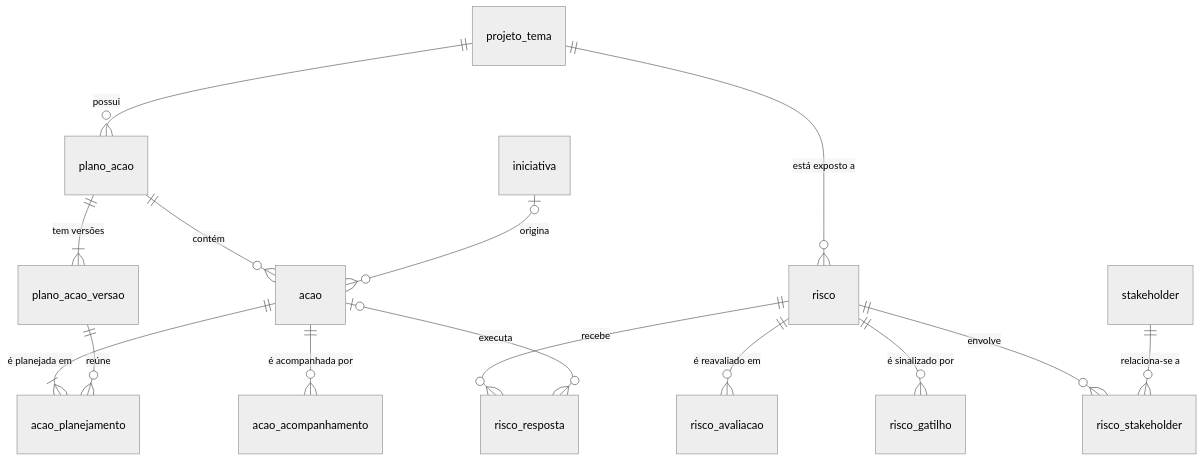
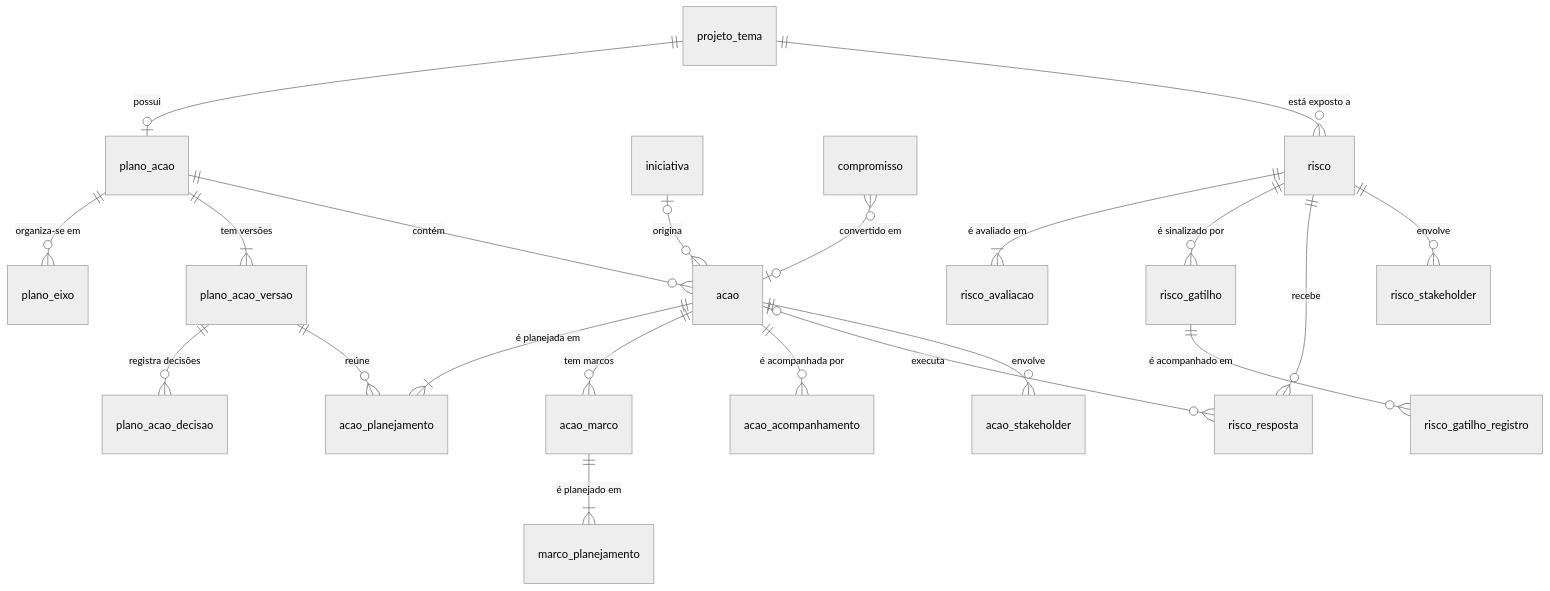
Before and after one commit to leorock7-sketch/crm-estrategico-es-em-acao: the fourth of 5 diagrams in docs/MODELO_DADOS.md, drawn with Mermaid (neutral theme). The commit also changed other lines of this file and 8 other files, not shown here.

````diff
--- a/docs/MODELO_DADOS.md
+++ b/docs/MODELO_DADOS.md
@@ -120,17 +121,23 @@
 ```mermaid
 erDiagram
-    projeto_tema ||--o{ plano_acao : "possui"
+    projeto_tema ||--o| plano_acao : "possui"
+    plano_acao ||--o{ plano_eixo : "organiza-se em"
     plano_acao ||--|{ plano_acao_versao : "tem versões"
+    plano_acao_versao ||--o{ plano_acao_decisao : "registra decisões"
     plano_acao ||--o{ acao : "contém"
     acao ||--|{ acao_planejamento : "é planejada em"
     plano_acao_versao ||--o{ acao_planejamento : "reúne"
+    acao ||--o{ acao_marco : "tem marcos"
+    acao_marco ||--|{ marco_planejamento : "é planejado em"
     acao ||--o{ acao_acompanhamento : "é acompanhada por"
     iniciativa |o--o{ acao : "origina"
+    compromisso }o--o| acao : "convertido em"
     projeto_tema ||--o{ risco : "está exposto a"
-    risco ||--o{ risco_avaliacao : "é reavaliado em"
+    risco ||--|{ risco_avaliacao : "é avaliado em"
     risco ||--o{ risco_gatilho : "é sinalizado por"
+    risco_gatilho ||--o{ risco_gatilho_registro : "é acompanhado em"
     risco ||--o{ risco_resposta : "recebe"
     acao |o--o{ risco_resposta : "executa"
     risco ||--o{ risco_stakeholder : "envolve"
-    stakeholder ||--o{ risco_stakeholder : "relaciona-se a"
+    acao ||--o{ acao_stakeholder : "envolve"
 ```
````
